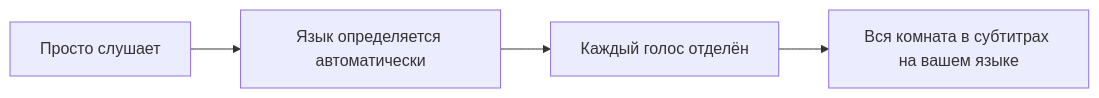
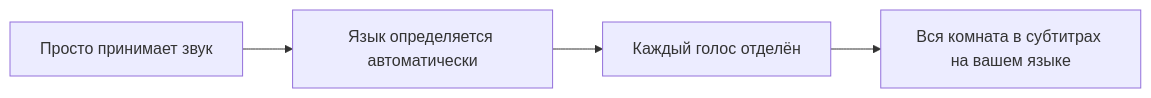
One commit to rpalm01-star/VigilantEarLegal changed the first of 4 diagrams in README_ru.md. Above: the diagram before and after it, drawn with Mermaid. The commit also changed other lines of this file and 14 other files, not shown here.

````diff
--- a/README_ru.md
+++ b/README_ru.md
@@ -73,4 +82,4 @@
 ```mermaid
 graph LR
-    A["Просто слушает"] --> B["Язык определяется автоматически"] --> C["Каждый голос отделён"] --> D["Вся комната в субтитрах на вашем языке"]
+    A["Просто принимает звук"] --> B["Язык определяется автоматически"] --> C["Каждый голос отделён"] --> D["Вся комната в субтитрах на вашем языке"]
 ```
````
